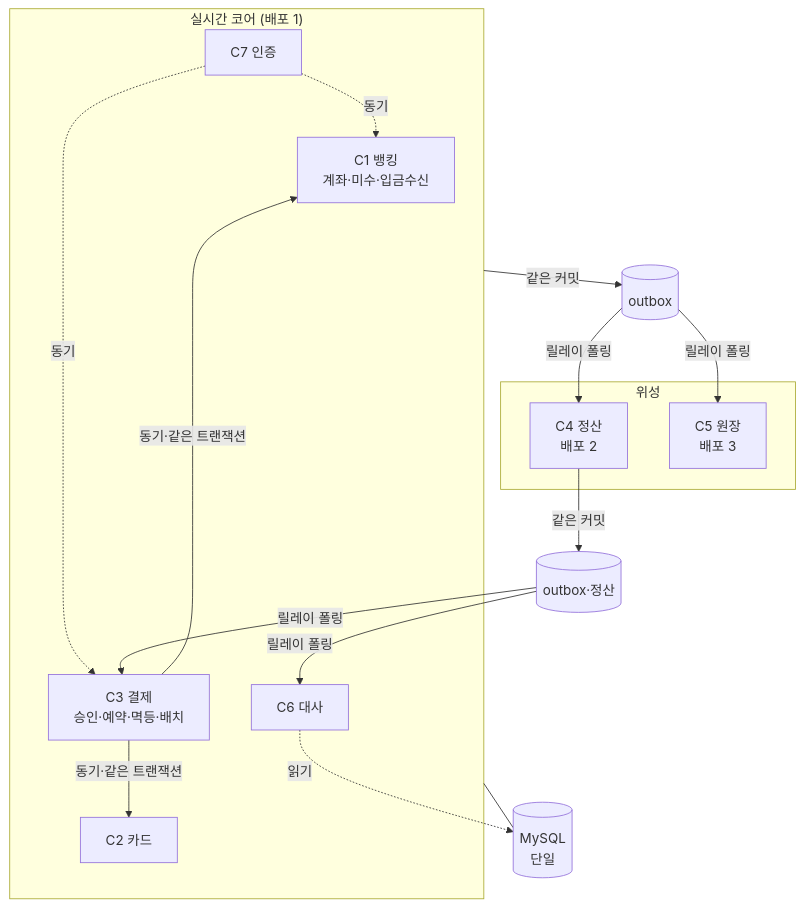
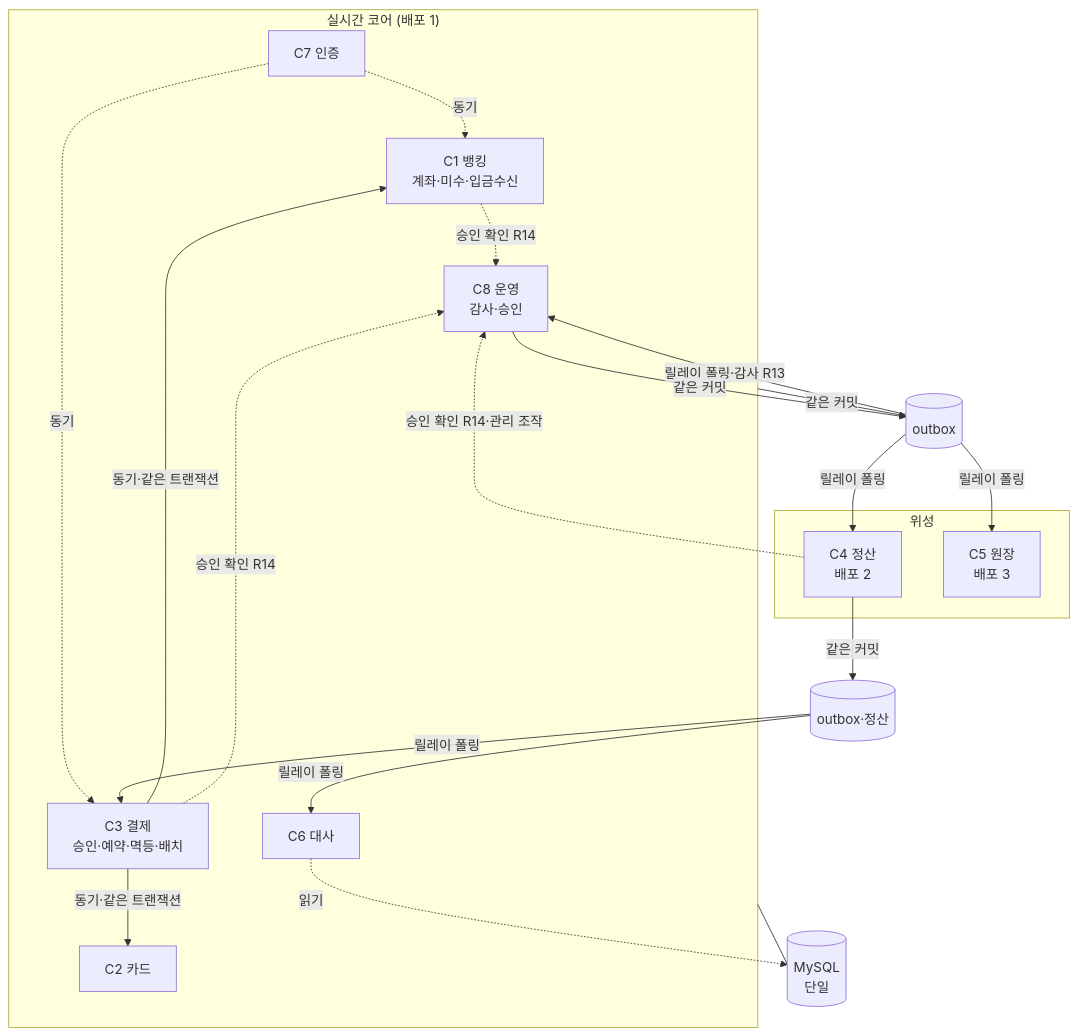
The diagram in architecture/views/02-container.md (jun-bank/docs), drawn with Mermaid before and after one commit. The commit also changed other lines of this file and 4 other files, not shown here.

````diff
--- a/architecture/views/02-container.md
+++ b/architecture/views/02-container.md
@@ -12,29 +12,35 @@
 ```mermaid
 graph TB
     subgraph CORE["실시간 코어 (배포 1)"]
         C1[C1 뱅킹<br/>계좌·미수·입금수신]
         C2[C2 카드]
         C3[C3 결제<br/>승인·예약·멱등·배치]
         C6[C6 대사]
         C7[C7 인증]
+        C8[C8 운영<br/>감사·승인]
     end
     OB[(outbox)]
     subgraph SAT["위성"]
         C4[C4 정산<br/>배포 2]
         C5[C5 원장<br/>배포 3]
     end
     DB[(MySQL<br/>단일)]
 
     C3 -->|동기·같은 트랜잭션| C1
     C3 -->|동기·같은 트랜잭션| C2
     C7 -.동기.-> C1
     C7 -.동기.-> C3
+    C1 -.승인 확인 R14.-> C8
+    C3 -.승인 확인 R14.-> C8
+    C4 -.승인 확인 R14·관리 조작.-> C8
+    OB -->|릴레이 폴링·감사 R13| C8
+    C8 -->|같은 커밋| OB
     CORE --- DB
     CORE -->|같은 커밋| OB
     OB -->|릴레이 폴링| C4
     OB -->|릴레이 폴링| C5
     C4 -->|같은 커밋| OB2[(outbox·정산)]
     OB2 -->|릴레이 폴링| C3
     OB2 -->|릴레이 폴링| C6
     C6 -.읽기.-> DB
 ```
````
